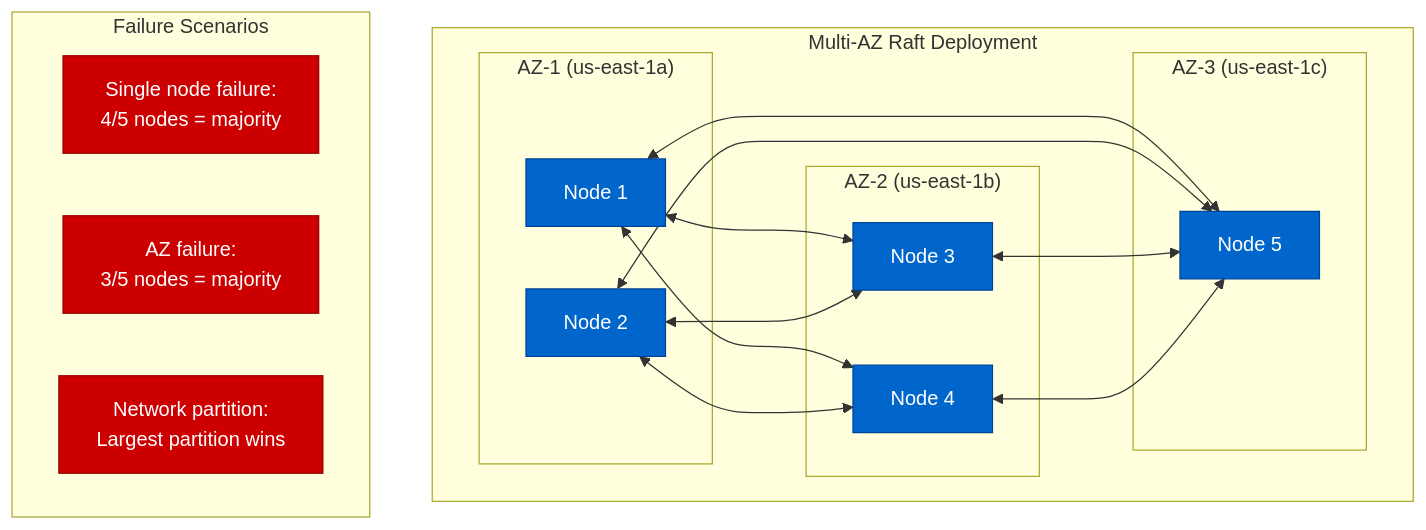
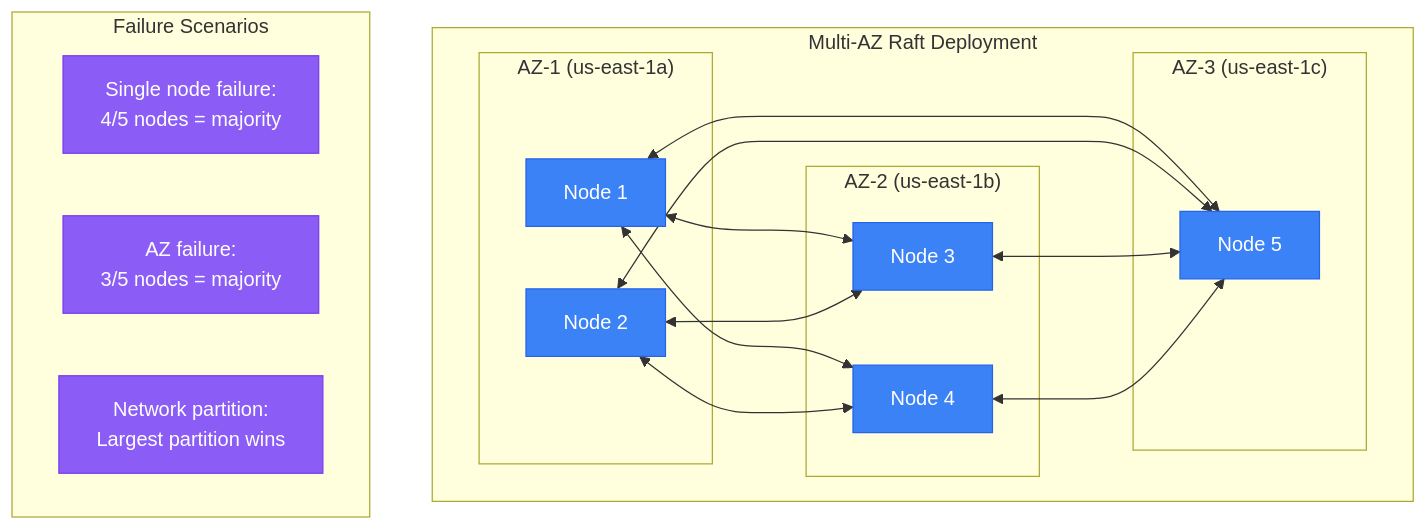
The fifth of 5 diagrams in site/docs/mechanisms/consensus/raft-implementation.md (deepaucksharma/DS), drawn with Mermaid before and after one commit. The commit also changed other lines of this file and 303 other files, not shown here.

````diff
--- a/site/docs/mechanisms/consensus/raft-implementation.md
+++ b/site/docs/mechanisms/consensus/raft-implementation.md
@@ -351,40 +351,40 @@
 ```mermaid
 graph TB
     subgraph "Multi-AZ Raft Deployment"
         subgraph "AZ-1 (us-east-1a)"
             N1[Node 1]
             N2[Node 2]
         end
 
         subgraph "AZ-2 (us-east-1b)"
             N3[Node 3]
             N4[Node 4]
         end
 
         subgraph "AZ-3 (us-east-1c)"
             N5[Node 5]
         end
     end
 
     subgraph "Failure Scenarios"
         SINGLE["Single node failure:<br/>4/5 nodes = majority"]
         AZ_FAIL["AZ failure:<br/>3/5 nodes = majority"]
         NETWORK["Network partition:<br/>Largest partition wins"]
     end
 
     N1 <--> N3
     N1 <--> N4
     N1 <--> N5
     N2 <--> N3
     N2 <--> N4
     N2 <--> N5
     N3 <--> N5
     N4 <--> N5
 
     %% Apply colors
-    classDef edgeStyle fill:#0066CC,stroke:#004499,color:#fff
-    classDef controlStyle fill:#CC0000,stroke:#990000,color:#fff
+    classDef edgeStyle fill:#3B82F6,stroke:#2563EB,color:#fff
+    classDef controlStyle fill:#8B5CF6,stroke:#7C3AED,color:#fff
 
     class N1,N2,N3,N4,N5 edgeStyle
     class SINGLE,AZ_FAIL,NETWORK controlStyle
 ```
````
